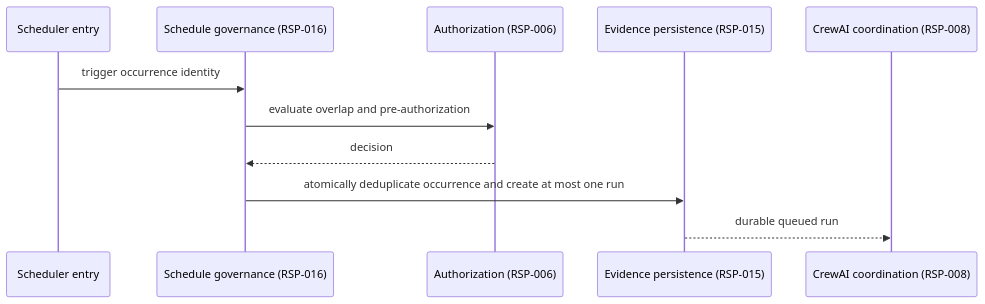
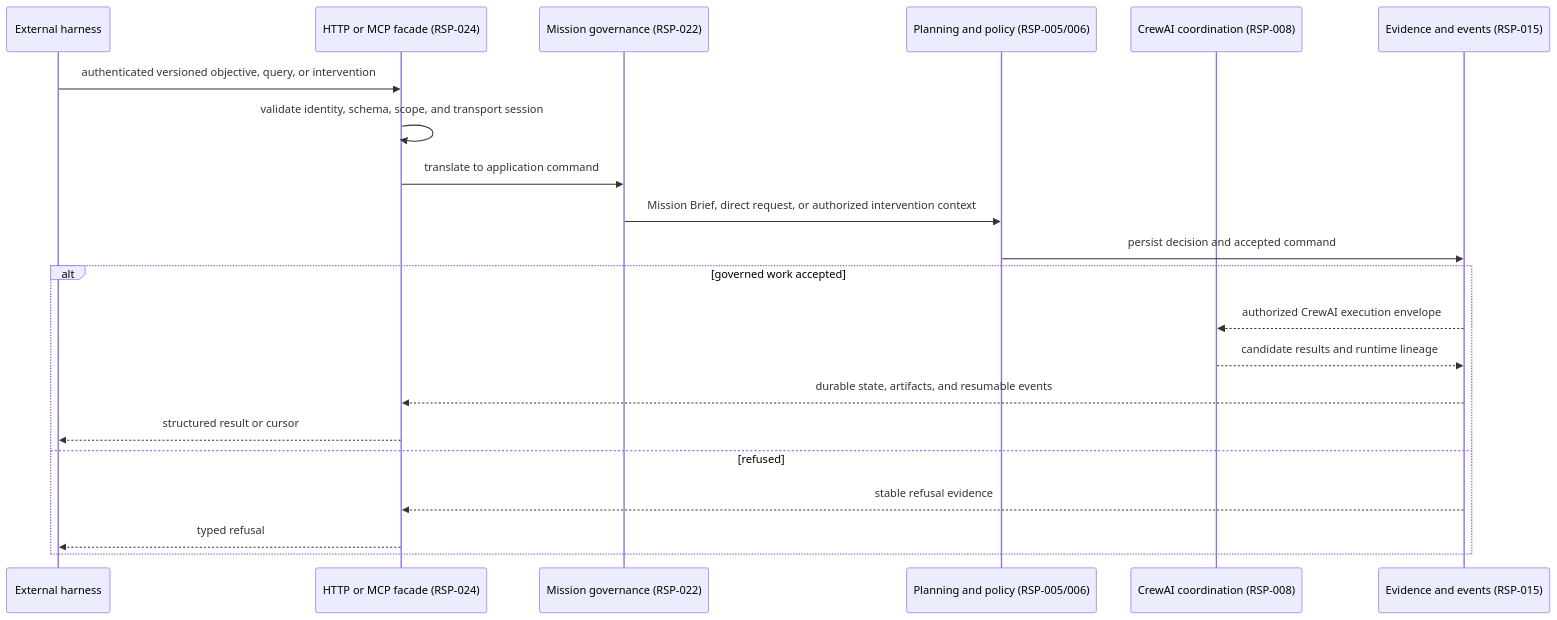
One commit to Y4NN777/mishkan changed diagram 11 of 12 in docs/SYSTEM/MODEL.md. Above: the diagram before and after it, drawn with Mermaid. The commit also changed other lines of this file and 1 other file, not shown here.

Commit message:
docs(model): derive mission capability and harness behavior

````diff
--- a/docs/SYSTEM/MODEL.md
+++ b/docs/SYSTEM/MODEL.md
@@ -359,14 +324,23 @@
 ```mermaid
 sequenceDiagram
-    participant S as Scheduler entry
-    participant G as Schedule governance (RSP-016)
-    participant P as Authorization (RSP-006)
-    participant V as Evidence persistence (RSP-015)
+    participant H as External harness
+    participant I as HTTP or MCP facade (RSP-024)
+    participant M as Mission governance (RSP-022)
+    participant P as Planning and policy (RSP-005/006)
     participant C as CrewAI coordination (RSP-008)
-
-    S->>G: trigger occurrence identity
-    G->>P: evaluate overlap and pre-authorization
-    P-->>G: decision
-    G->>V: atomically deduplicate occurrence and create at most one run
-    V-->>C: durable queued run
+    participant V as Evidence and events (RSP-015)
+    H->>I: authenticated versioned objective, query, or intervention
+    I->>I: validate identity, schema, scope, and transport session
+    I->>M: translate to application command
+    M->>P: Mission Brief, direct request, or authorized intervention context
+    P->>V: persist decision and accepted command
+    alt governed work accepted
+        V-->>C: authorized CrewAI execution envelope
+        C-->>V: candidate results and runtime lineage
+        V-->>I: durable state, artifacts, and resumable events
+        I-->>H: structured result or cursor
+    else refused
+        V-->>I: stable refusal evidence
+        I-->>H: typed refusal
+    end
 ```
````
